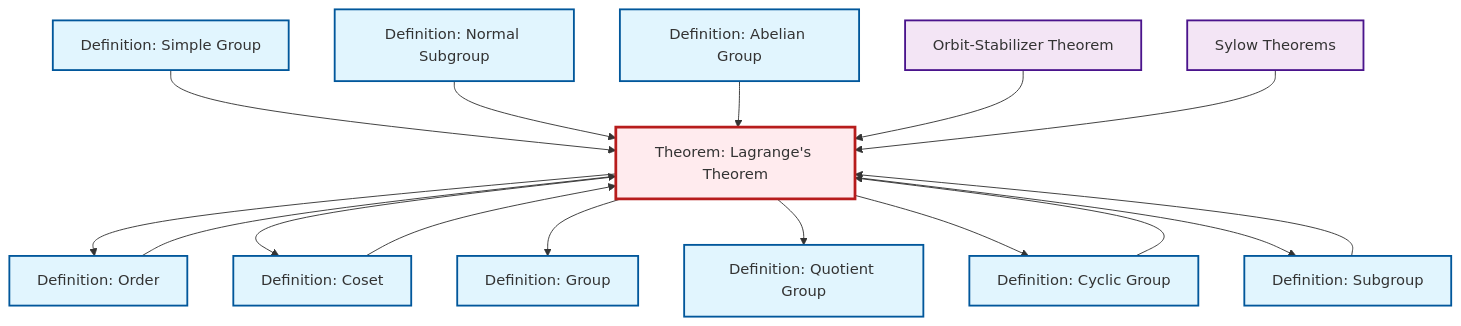
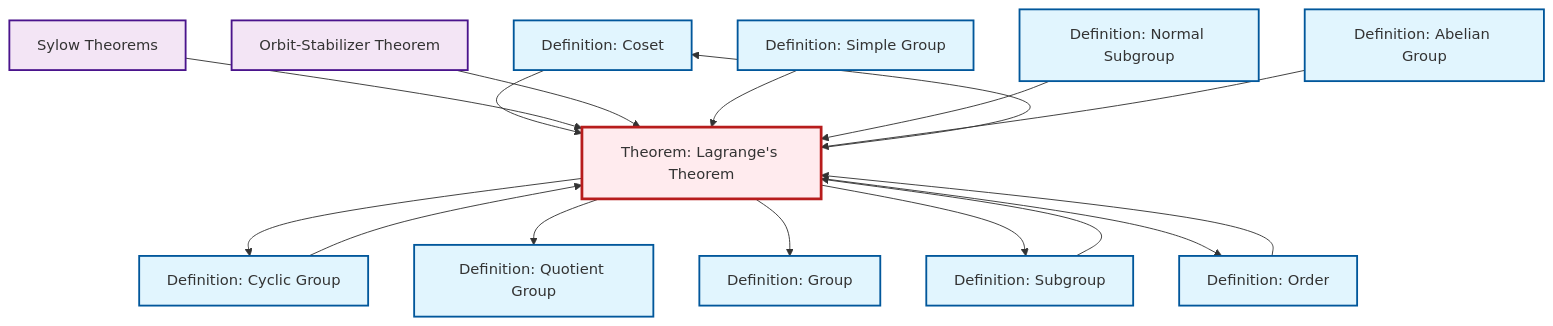
One commit to RK0429/ModernMath changed the diagram in content/en/algebra/thm-lagrange.qmd. Above: the diagram before and after it, drawn with Mermaid. The commit also changed other lines of this file and 654 other files, not shown here.

````diff
--- a/content/en/algebra/thm-lagrange.qmd
+++ b/content/en/algebra/thm-lagrange.qmd
@@ -52,48 +52,48 @@
 ```{mermaid}
 %%| fig-cap: "Local dependency graph"
 graph TD
     classDef definition fill:#e1f5fe,stroke:#01579b,stroke-width:2px
     classDef theorem fill:#f3e5f5,stroke:#4a148c,stroke-width:2px
     classDef axiom fill:#fff3e0,stroke:#e65100,stroke-width:2px
     classDef example fill:#e8f5e9,stroke:#1b5e20,stroke-width:2px
     classDef current fill:#ffebee,stroke:#b71c1c,stroke-width:3px
+    def-coset["Definition: Coset"]:::definition
+    def-cyclic-group["Definition: Cyclic Group"]:::definition
+    def-simple-group["Definition: Simple Group"]:::definition
     def-group["Definition: Group"]:::definition
-    def-abelian-group["Definition: Abelian Group"]:::definition
+    thm-sylow["Sylow Theorems"]:::theorem
+    def-order["Definition: Order"]:::definition
     thm-lagrange["Theorem: Lagrange's Theorem"]:::theorem
-    def-simple-group["Definition: Simple Group"]:::definition
     def-quotient-group["Definition: Quotient Group"]:::definition
-    def-cyclic-group["Definition: Cyclic Group"]:::definition
     def-subgroup["Definition: Subgroup"]:::definition
     thm-orbit-stabilizer["Orbit-Stabilizer Theorem"]:::theorem
-    thm-sylow["Sylow Theorems"]:::theorem
     def-normal-subgroup["Definition: Normal Subgroup"]:::definition
-    def-order["Definition: Order"]:::definition
-    def-coset["Definition: Coset"]:::definition
+    def-abelian-group["Definition: Abelian Group"]:::definition
     def-coset --> thm-lagrange
+    thm-lagrange --> def-coset
+    thm-sylow --> thm-lagrange
+    thm-lagrange --> def-cyclic-group
+    thm-orbit-stabilizer --> thm-lagrange
+    thm-lagrange --> def-quotient-group
+    def-simple-group --> thm-lagrange
+    def-normal-subgroup --> thm-lagrange
+    thm-lagrange --> def-group
+    thm-lagrange --> def-subgroup
+    def-order --> thm-lagrange
     def-cyclic-group --> thm-lagrange
-    def-simple-group --> thm-lagrange
+    def-abelian-group --> thm-lagrange
     thm-lagrange --> def-order
-    thm-lagrange --> def-coset
-    thm-lagrange --> def-group
-    thm-lagrange --> def-quotient-group
-    def-order --> thm-lagrange
-    def-normal-subgroup --> thm-lagrange
-    thm-lagrange --> def-cyclic-group
     def-subgroup --> thm-lagrange
-    def-abelian-group --> thm-lagrange
-    thm-orbit-stabilizer --> thm-lagrange
-    thm-lagrange --> def-subgroup
-    thm-sylow --> thm-lagrange
     class thm-lagrange current
+    click def-coset "def-coset.html" "Go to Coset definition"
+    click def-cyclic-group "def-cyclic-group.html" "Go to Cyclic Group definition"
+    click def-simple-group "def-simple-group.html" "Go to Simple Group definition"
     click def-group "def-group.html" "Go to Group definition"
-    click def-abelian-group "def-abelian-group.html" "Go to Abelian Group definition"
-    click def-simple-group "def-simple-group.html" "Go to Simple Group definition"
+    click thm-sylow "thm-sylow.html" "Go to Sylow Theorems"
+    click def-order "def-order.html" "Go to Order definition"
     click def-quotient-group "def-quotient-group.html" "Go to Quotient Group definition"
-    click def-cyclic-group "def-cyclic-group.html" "Go to Cyclic Group definition"
     click def-subgroup "def-subgroup.html" "Go to Subgroup definition"
     click thm-orbit-stabilizer "thm-orbit-stabilizer.html" "Go to Orbit-Stabilizer Theorem"
-    click thm-sylow "thm-sylow.html" "Go to Sylow Theorems"
     click def-normal-subgroup "def-normal-subgroup.html" "Go to Normal Subgroup definition"
-    click def-order "def-order.html" "Go to Order definition"
-    click def-coset "def-coset.html" "Go to Coset definition"
+    click def-abelian-group "def-abelian-group.html" "Go to Abelian Group definition"
 ```
````
